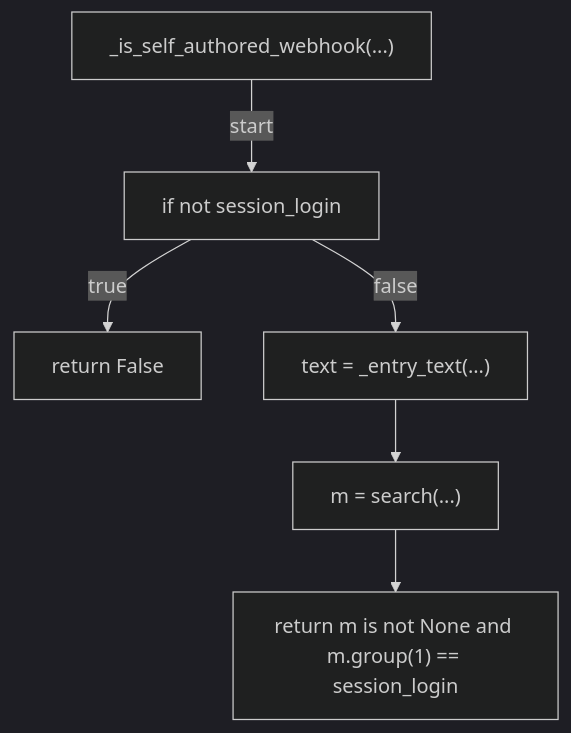
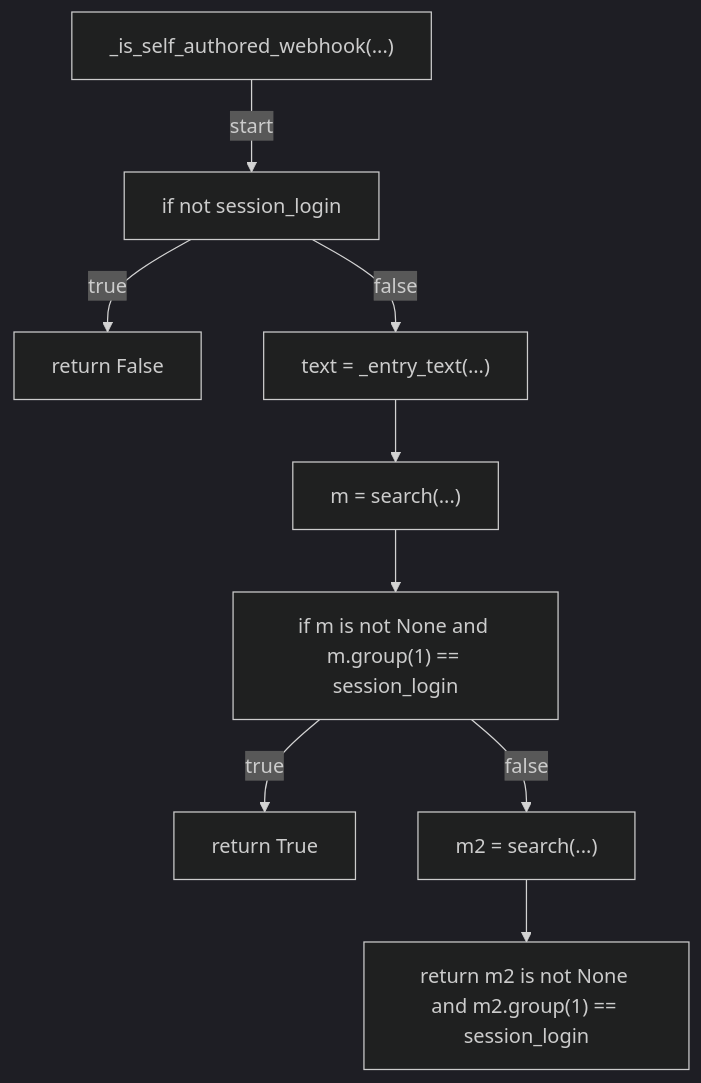
Before and after one commit to tvna/claude-md: the sixth of 11 diagrams in docs/generated/scripts/ast/gate_stop_pr_review_reply.md, drawn with Mermaid (dark theme). The commit also changed 4 other files, not shown here.

First line of the commit message:
docs(generated): regenerate decision tree and workflow diagrams

````diff
--- a/docs/generated/scripts/ast/gate_stop_pr_review_reply.md
+++ b/docs/generated/scripts/ast/gate_stop_pr_review_reply.md
@@ -131,14 +131,20 @@
 ```mermaid
 flowchart TD
     N001["_is_self_authored_webhook(...)"]
     N002["if not session_login"]
     N003["return False"]
     N004["text = _entry_text(...)"]
     N005["m = search(...)"]
-    N006["return m is not None and m.group(1) == session_login"]
+    N006["if m is not None and m.group(1) == session_login"]
+    N007["return True"]
+    N008["m2 = search(...)"]
+    N009["return m2 is not None and m2.group(1) == session_login"]
     N001 -->|"start"| N002
     N002 -->|"true"| N003
     N002 -->|"false"| N004
     N004 --> N005
     N005 --> N006
+    N006 -->|"true"| N007
+    N006 -->|"false"| N008
+    N008 --> N009
 ```
````
